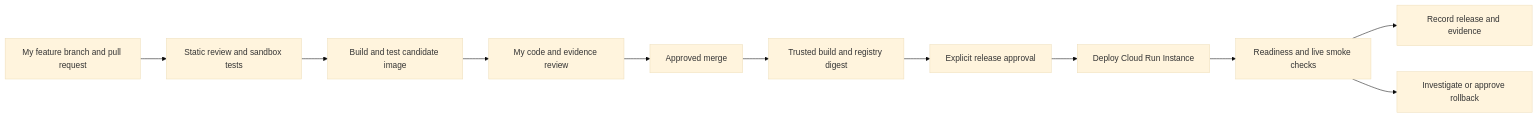
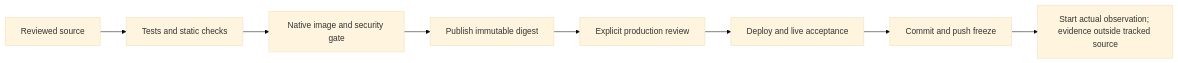
One commit to Arya-Wadhwani07/personal_agent changed the second of 2 diagrams in agent_docs/DESIGN.md. Above: the diagram before and after it, drawn with Mermaid (base theme). The commit also changed other lines of this file and 32 other files, not shown here.

Commit message:
Complete evidence reports and harden the pre-observation release

````diff
--- a/agent_docs/DESIGN.md
+++ b/agent_docs/DESIGN.md
@@ -324,13 +54,10 @@
 ```mermaid
 flowchart LR
-    Branch[My feature branch and pull request] --> Checks[Static review and sandbox tests]
-    Checks --> Container[Build and test candidate image]
-    Container --> Review[My code and evidence review]
-    Review --> Main[Approved merge]
-    Main --> Image[Trusted build and registry digest]
-    Image --> Release[Explicit release approval]
-    Release --> Instance[Deploy Cloud Run Instance]
-    Instance --> Smoke[Readiness and live smoke checks]
-    Smoke --> Record[Record release and evidence]
-    Smoke --> Recovery[Investigate or approve rollback]
+  A[Reviewed source] --> V[Tests and static checks]
+  V --> I[Native image and security gate]
+  I --> P[Publish immutable digest]
+  P --> R[Explicit production review]
+  R --> D[Deploy and live acceptance]
+  D --> F[Commit and push freeze]
+  F --> O[Start actual observation; evidence outside tracked source]
 ```
````
